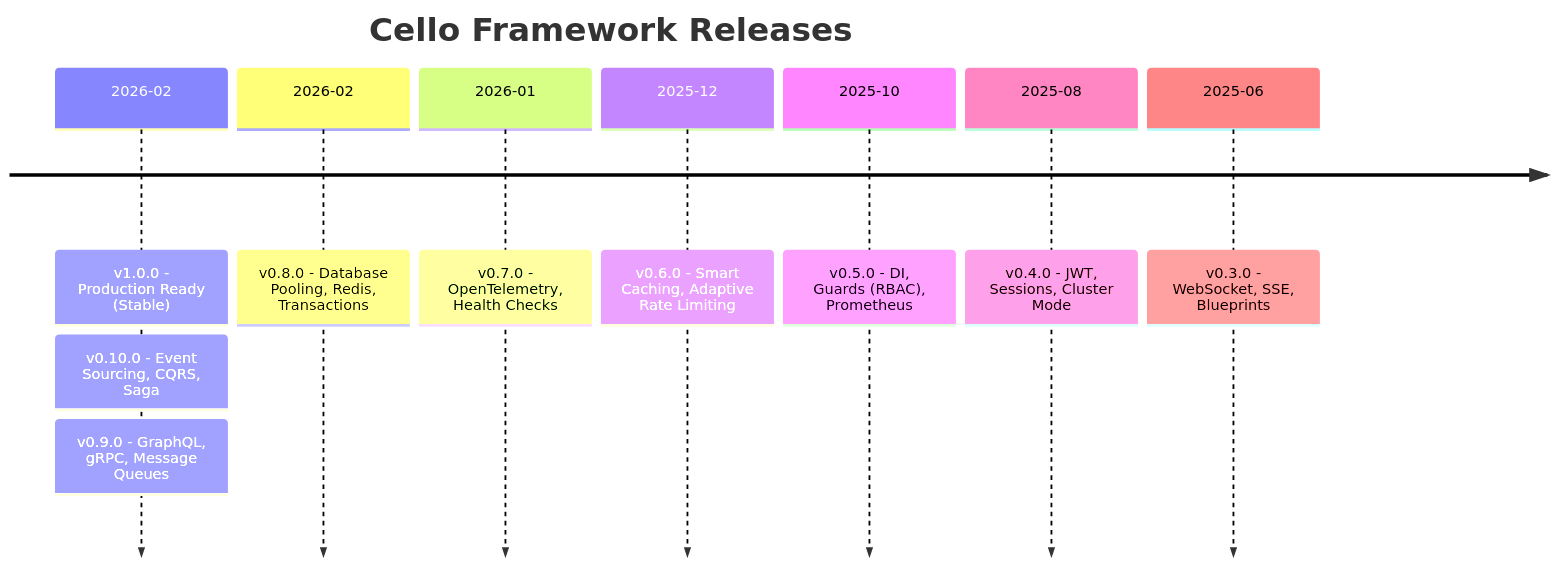
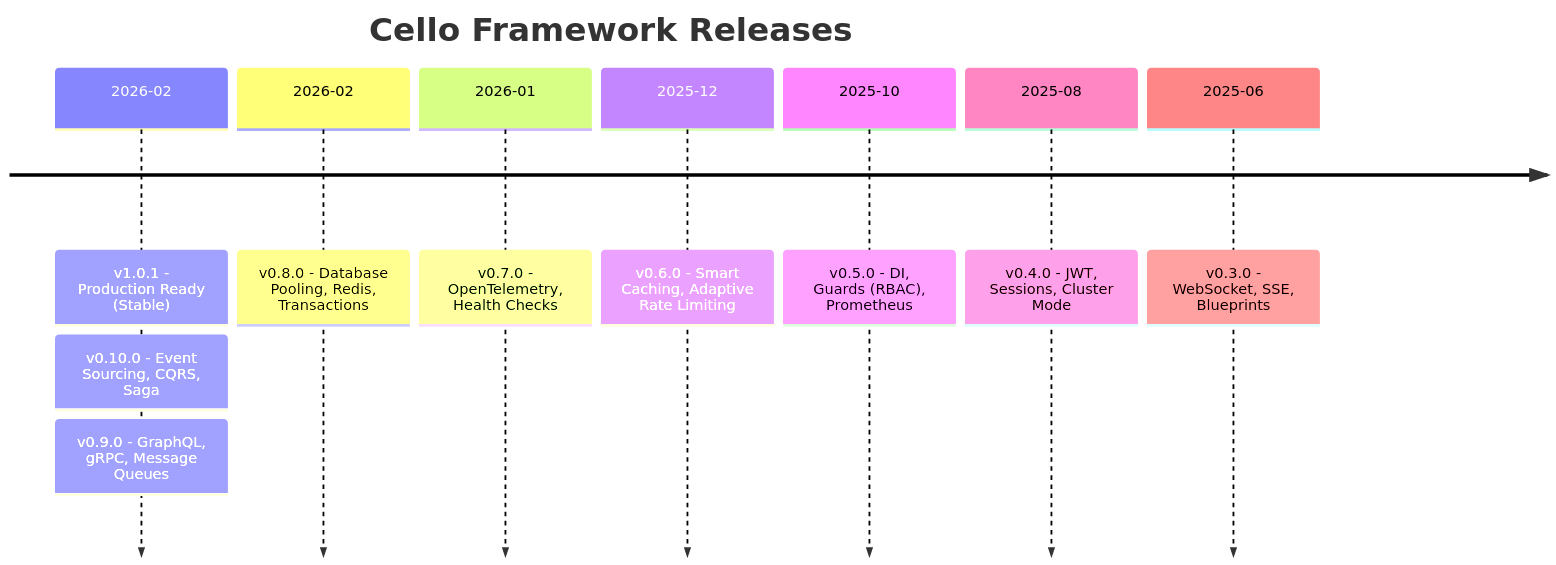
Before and after one commit to jagadeesh32/cello: the diagram in docs/releases/index.md, drawn with Mermaid. The commit also changed other lines of this file and 58 other files, not shown here.

````diff
--- a/docs/releases/index.md
+++ b/docs/releases/index.md
@@ -33,13 +33,13 @@
 ```mermaid
 timeline
     title Cello Framework Releases
-    2026-02 : v1.0.0 - Production Ready (Stable)
+    2026-02 : v1.0.1 - Production Ready (Stable)
            : v0.10.0 - Event Sourcing, CQRS, Saga
            : v0.9.0 - GraphQL, gRPC, Message Queues
     2026-02 : v0.8.0 - Database Pooling, Redis, Transactions
     2026-01 : v0.7.0 - OpenTelemetry, Health Checks
     2025-12 : v0.6.0 - Smart Caching, Adaptive Rate Limiting
     2025-10 : v0.5.0 - DI, Guards (RBAC), Prometheus
     2025-08 : v0.4.0 - JWT, Sessions, Cluster Mode
     2025-06 : v0.3.0 - WebSocket, SSE, Blueprints
 ```
````
